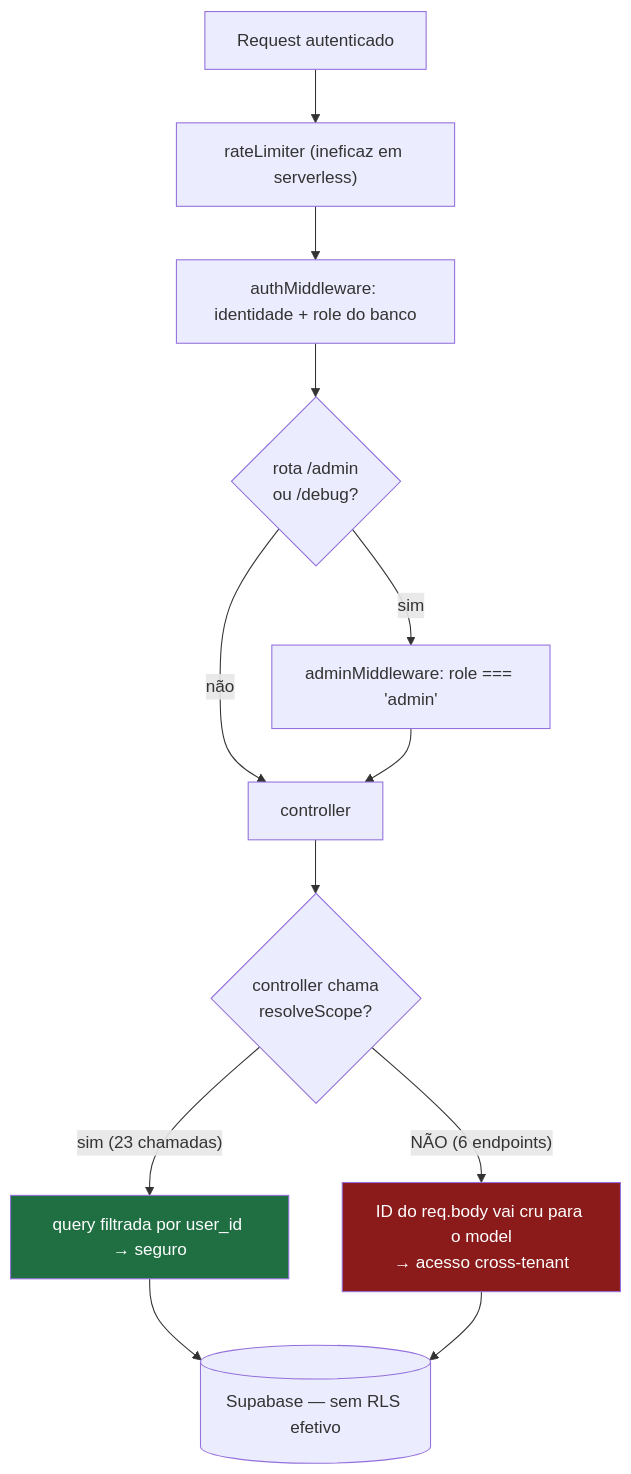
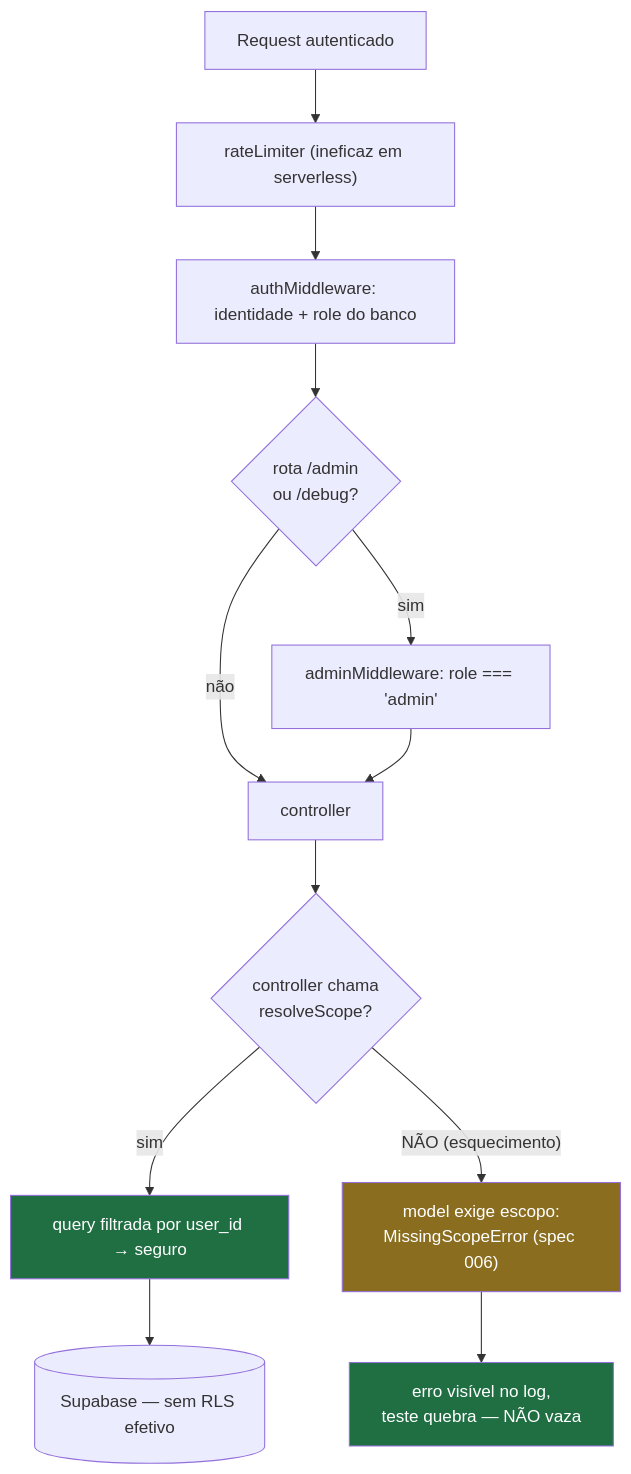
One commit to lucasxtech/JiuMetrics changed the third of 3 diagrams in docs/AUTHORIZATION.md. Above: the diagram before and after it, drawn with Mermaid. The commit also changed other lines of this file and 14 other files, not shown here.

````diff
--- a/docs/AUTHORIZATION.md
+++ b/docs/AUTHORIZATION.md
@@ -146,17 +165,18 @@
 ```mermaid
 flowchart TD
     REQ["Request autenticado"] --> RL["rateLimiter (ineficaz em serverless)"]
     RL --> AUTH["authMiddleware: identidade + role do banco"]
     AUTH --> ADMIN{"rota /admin<br/>ou /debug?"}
     ADMIN -->|sim| AM["adminMiddleware: role === 'admin'"]
     ADMIN -->|não| CTRL["controller"]
     AM --> CTRL
     CTRL --> SCOPE{"controller chama<br/>resolveScope?"}
-    SCOPE -->|"sim (23 chamadas)"| FILTER["query filtrada por user_id → seguro"]
-    SCOPE -->|"NÃO (6 endpoints)"| LEAK["ID do req.body vai cru para o model<br/>→ acesso cross-tenant"]
+    SCOPE -->|sim| FILTER["query filtrada por user_id → seguro"]
+    SCOPE -->|"NÃO (esquecimento)"| THROW["model exige escopo:<br/>MissingScopeError (spec 006)"]
     FILTER --> DB[("Supabase — sem RLS efetivo")]
-    LEAK --> DB
+    THROW --> LOG["erro visível no log,<br/>teste quebra — NÃO vaza"]
 
-    style LEAK fill:#8b1a1a,color:#fff
+    style THROW fill:#8a6d1f,color:#fff
+    style LOG fill:#1f6f43,color:#fff
     style FILTER fill:#1f6f43,color:#fff
 ```
````
